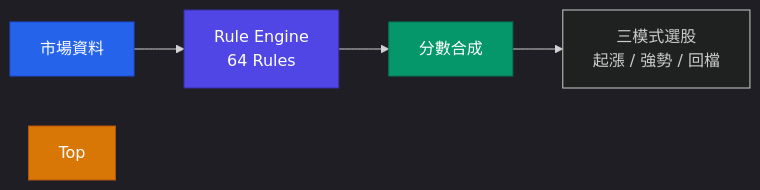
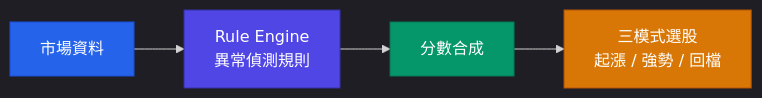
Before and after one commit to Neal75418/daredevil: the first of 2 diagrams in docs/RULE_ENGINE.md, drawn with Mermaid. The commit also changed other lines of this file and 4 other files, not shown here.

First line of the commit message:
docs(rule-engine): 三份獨立 review 後的大修 + 可守門的部分加守門

````diff
--- a/docs/RULE_ENGINE.md
+++ b/docs/RULE_ENGINE.md
@@ -14,12 +41,12 @@
 ```mermaid
 %%{init: {'theme': 'dark'}}%%
 flowchart LR
-    Data["市場資料"] --> Engine["Rule Engine\n64 Rules"]
+    Data["市場資料"] --> Engine["Rule Engine<br/>異常偵測規則"]
     Engine --> Score["分數合成"]
     Score --> Modes["三模式選股<br/>起漲 / 強勢 / 回檔"]
 
     style Data fill:#2563EB,color:#fff,stroke:#1D4ED8
     style Engine fill:#4F46E5,stroke:#3730A3,color:#fff
     style Score fill:#059669,color:#fff,stroke:#047857
-    style Top fill:#D97706,color:#fff,stroke:#B45309
+    style Modes fill:#D97706,color:#fff,stroke:#B45309
 ```
````
